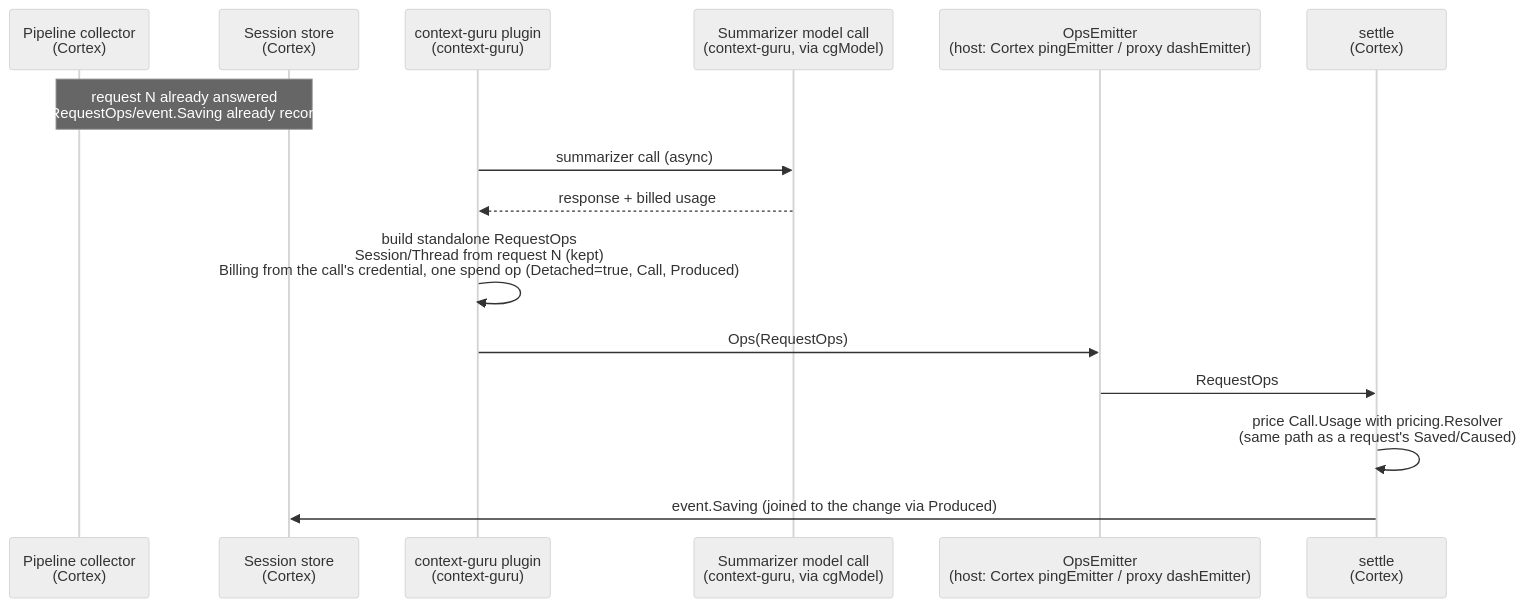
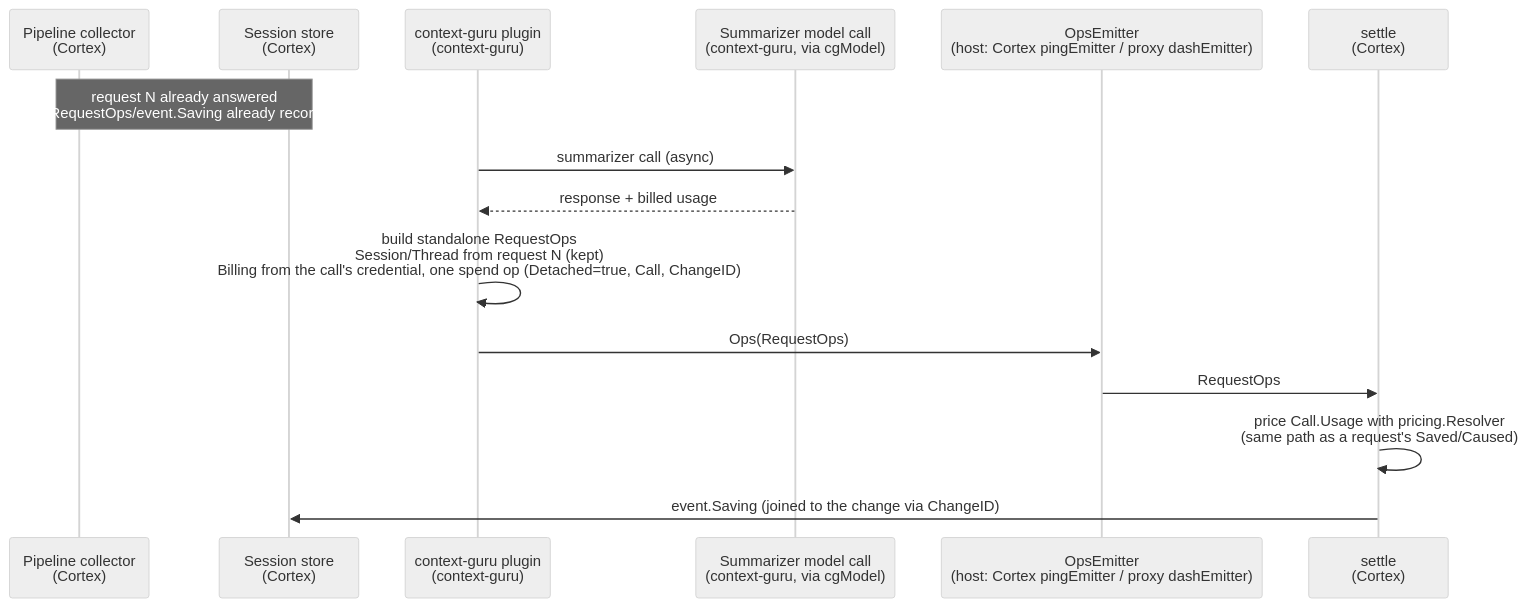
One commit to rossoctl/context-guru changed the second of 3 diagrams in docs/superpowers/specs/2026-10-18-context-operations-cortex-wiring.md. Above: the diagram before and after it, drawn with Mermaid (neutral theme). The commit also changed other lines of this file and 3 other files, not shown here.

````diff
--- a/docs/superpowers/specs/2026-10-18-context-operations-cortex-wiring.md
+++ b/docs/superpowers/specs/2026-10-18-context-operations-cortex-wiring.md
@@ -158,18 +158,18 @@
 ```mermaid
 sequenceDiagram
     participant Pipeline as Pipeline collector<br/>(Cortex)
     participant Store as Session store<br/>(Cortex)
     participant Plugin as context-guru plugin<br/>(context-guru)
     participant Model as Summarizer model call<br/>(context-guru, via cgModel)
     participant Emitter as OpsEmitter<br/>(host: Cortex pingEmitter / proxy dashEmitter)
     participant Settle as settle<br/>(Cortex)
 
     Note over Pipeline,Store: request N already answered<br/>its RequestOps/event.Saving already recorded
     Plugin->>Model: summarizer call (async)
     Model-->>Plugin: response + billed usage
-    Plugin->>Plugin: build standalone RequestOps<br/>Session/Thread from request N (kept)<br/>Billing from the call's credential, one spend op (Detached=true, Call, Produced)
+    Plugin->>Plugin: build standalone RequestOps<br/>Session/Thread from request N (kept)<br/>Billing from the call's credential, one spend op (Detached=true, Call, ChangeID)
     Plugin->>Emitter: Ops(RequestOps)
     Emitter->>Settle: RequestOps
     Settle->>Settle: price Call.Usage with pricing.Resolver<br/>(same path as a request's Saved/Caused)
-    Settle->>Store: event.Saving (joined to the change via Produced)
+    Settle->>Store: event.Saving (joined to the change via ChangeID)
 ```
````
